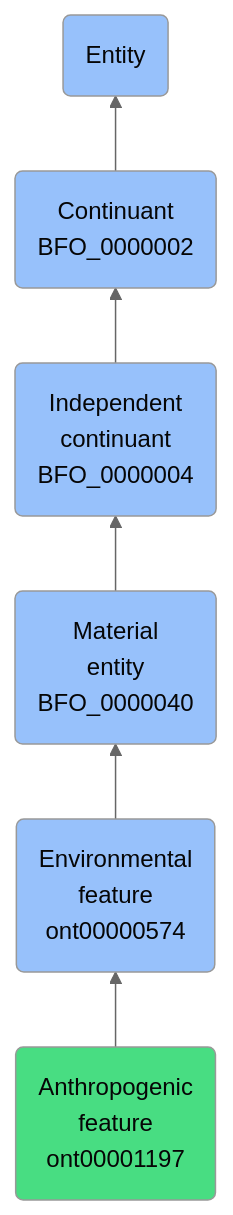
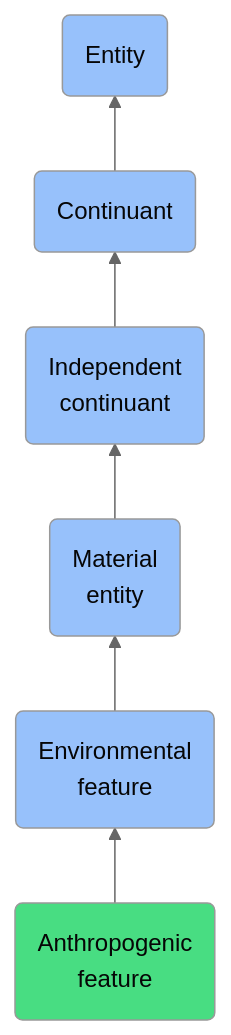
The diagram in docs/ontology/reference/model/Entity/Continuant/Independent continuant/Material entity/Environmental feature/Anthropogenic feature/Anthropogenic feature.md (jupyter-naas/abi), drawn with Mermaid (neutral theme) before and after one commit. The commit also changed other lines of this file and 1430 other files, not shown here.

````diff
--- a/docs/ontology/reference/model/Entity/Continuant/Independent continuant/Material entity/Environmental feature/Anthropogenic feature/Anthropogenic feature.md
+++ b/docs/ontology/reference/model/Entity/Continuant/Independent continuant/Material entity/Environmental feature/Anthropogenic feature/Anthropogenic feature.md
@@ -24,13 +24,13 @@
 ```mermaid
 graph BT
-    ont00001197(Anthropogenic<br>feature<br>ont00001197):::ABI-->ont00000574
-    ont00000574(Environmental<br>feature<br>ont00000574):::BFO-->BFO_0000040
-    BFO_0000040(Material<br>entity<br>BFO_0000040):::BFO-->BFO_0000004
-    BFO_0000004(Independent<br>continuant<br>BFO_0000004):::BFO-->BFO_0000002
-    BFO_0000002(Continuant<br>BFO_0000002):::BFO-->BFO_0000001
+    ont00001197(Anthropogenic<br>feature):::ABI-->ont00000574
+    ont00000574(Environmental<br>feature):::BFO-->BFO_0000040
+    BFO_0000040(Material<br>entity):::BFO-->BFO_0000004
+    BFO_0000004(Independent<br>continuant):::BFO-->BFO_0000002
+    BFO_0000002(Continuant):::BFO-->BFO_0000001
     BFO_0000001(Entity):::BFO
     
     classDef BFO fill:#97c1fb,color:#060606
     classDef CCO fill:#e4c51e,color:#060606
     classDef ABI fill:#48DD82,color:#060606
 ```
````
